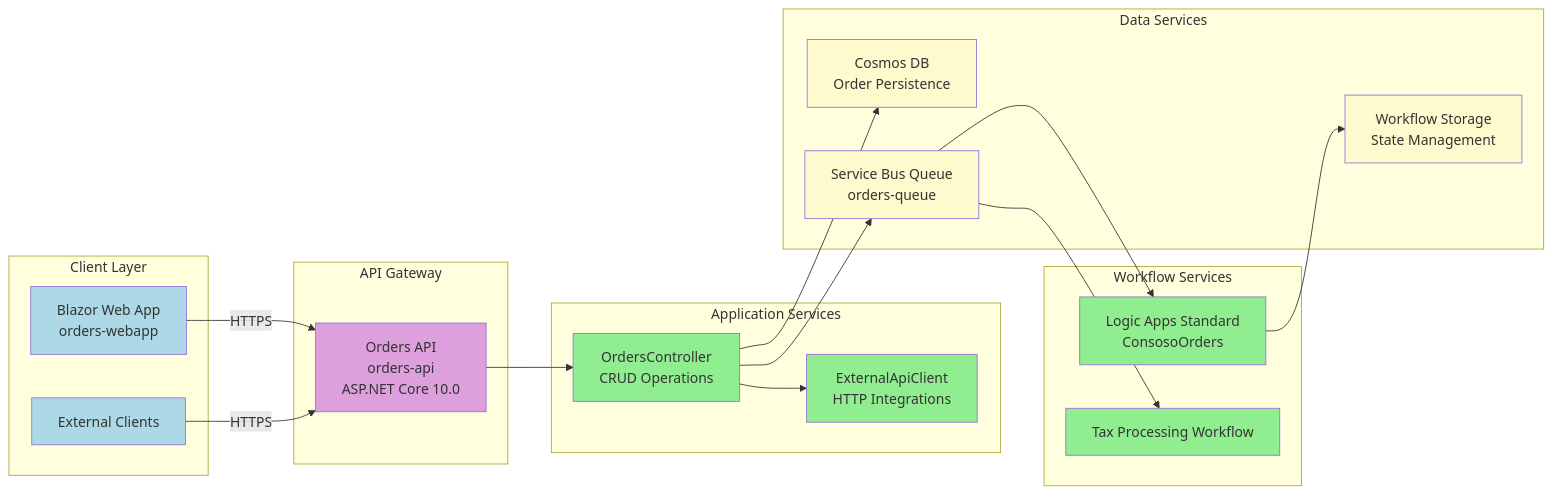
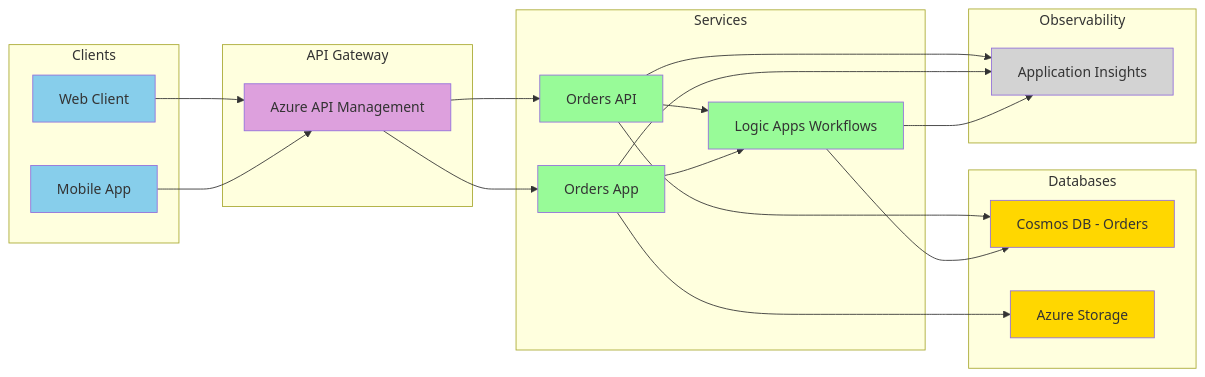
The sixth of 13 diagrams in bdat.md (Evilazaro/Azure-LogicApps-Monitoring), drawn with Mermaid before and after one commit. The commit also changed other lines of this file, not shown here.

````diff
--- a/bdat.md
+++ b/bdat.md
@@ -293,48 +347,53 @@
 ```mermaid
-graph LR
-    subgraph "Client Layer"
-        A[Blazor Web App<br/>orders-webapp]
-        B[External Clients]
+flowchart LR
+    subgraph "Clients"
+        C1[Web Client]
+        C2[Mobile App]
     end
     
     subgraph "API Gateway"
-        C[Orders API<br/>orders-api<br/>ASP.NET Core 10.0]
+        GW[Azure API Management]
     end
     
-    subgraph "Application Services"
-        D[OrdersController<br/>CRUD Operations]
-        E[ExternalApiClient<br/>HTTP Integrations]
+    subgraph "Services"
+        S1[Orders API]
+        S2[Orders App]
+        S3[Logic Apps Workflows]
     end
     
-    subgraph "Workflow Services"
-        F[Logic Apps Standard<br/>ConsosoOrders]
-        G[Tax Processing Workflow]
+    subgraph "Databases"
+        DB1[Cosmos DB - Orders]
+        DB2[Azure Storage]
     end
     
-    subgraph "Data Services"
-        H[Cosmos DB<br/>Order Persistence]
-        I[Service Bus Queue<br/>orders-queue]
-        J[Workflow Storage<br/>State Management]
+    subgraph "Observability"
+        O1[Application Insights]
     end
     
-    A -->|HTTPS| C
-    B -->|HTTPS| C
-    C --> D
-    D --> E
-    D --> I
-    I --> F
-    I --> G
-    F --> J
-    D --> H
+    C1 --> GW
+    C2 --> GW
     
-    style A fill:#ADD8E6
-    style B fill:#ADD8E6
-    style C fill:#DDA0DD
-    style D fill:#90EE90
-    style E fill:#90EE90
-    style F fill:#90EE90
-    style G fill:#90EE90
-    style H fill:#FFFACD
-    style I fill:#FFFACD
-    style J fill:#FFFACD
+    GW --> S1
+    GW --> S2
+    
+    S1 --> S3
+    S2 --> S3
+    
+    S1 --> DB1
+    S2 --> DB2
+    S3 --> DB1
+    
+    S1 --> O1
+    S2 --> O1
+    S3 --> O1
+    
+    style C1 fill:#87CEEB
+    style C2 fill:#87CEEB
+    style GW fill:#DDA0DD
+    style S1 fill:#98FB98
+    style S2 fill:#98FB98
+    style S3 fill:#98FB98
+    style DB1 fill:#FFD700
+    style DB2 fill:#FFD700
+    style O1 fill:#D3D3D3
 ```
````
